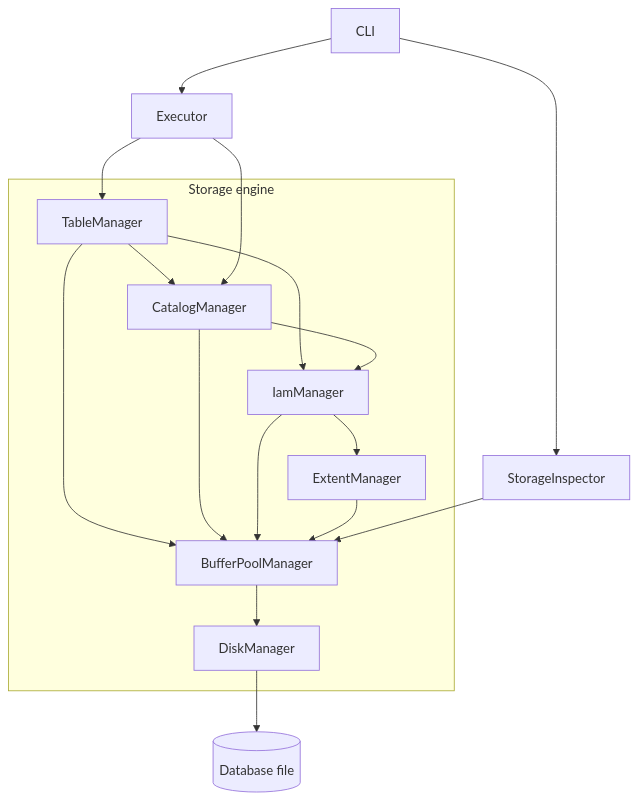
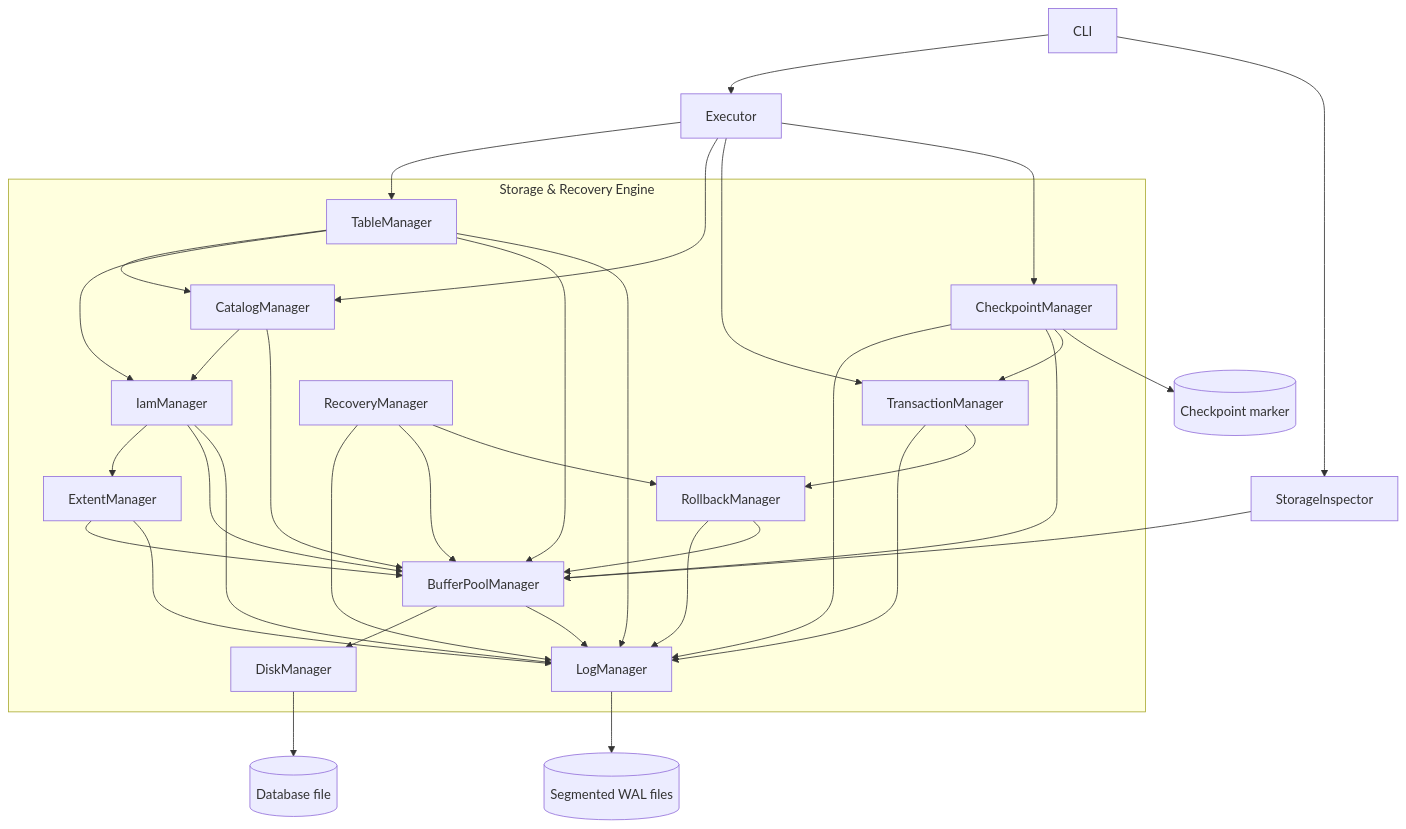
The diagram in README.md (amitvc/lettydb), drawn with Mermaid before and after one commit. The commit also changed other lines of this file, not shown here.

Commit message:
Updating readme with the latest work done on crash recovery and wal

````diff
--- a/README.md
+++ b/README.md
@@ -36,22 +38,41 @@
 ```mermaid
 flowchart TD
     CLI[CLI] --> Executor
     CLI --> Inspector[StorageInspector]
 
-    subgraph Storage[Storage engine]
+    subgraph Storage["Storage & Recovery Engine"]
         Table[TableManager] --> Catalog[CatalogManager]
         Table --> IAM[IamManager]
         Catalog --> IAM
         IAM --> Extent[ExtentManager]
         Table --> BPM[BufferPoolManager]
         Catalog --> BPM
         IAM --> BPM
         Extent --> BPM
         BPM --> Disk[DiskManager]
+
+        Txn[TransactionManager] --> Log[LogManager]
+        Txn --> Rollback[RollbackManager]
+        Rollback --> Log
+        Rollback --> BPM
+        Checkpoint[CheckpointManager] --> Log
+        Checkpoint --> BPM
+        Checkpoint --> Txn
+        Recovery[RecoveryManager] --> Log
+        Recovery --> BPM
+        Recovery --> Rollback
+        BPM --> Log
+        Table --> Log
+        IAM --> Log
+        Extent --> Log
     end
 
     Executor --> Table
     Executor --> Catalog
+    Executor --> Txn
+    Executor --> Checkpoint
     Inspector --> BPM
     Disk --> File[(Database file)]
+    Log --> WAL[(Segmented WAL files)]
+    Checkpoint --> Marker[(Checkpoint marker)]
 ```
````
